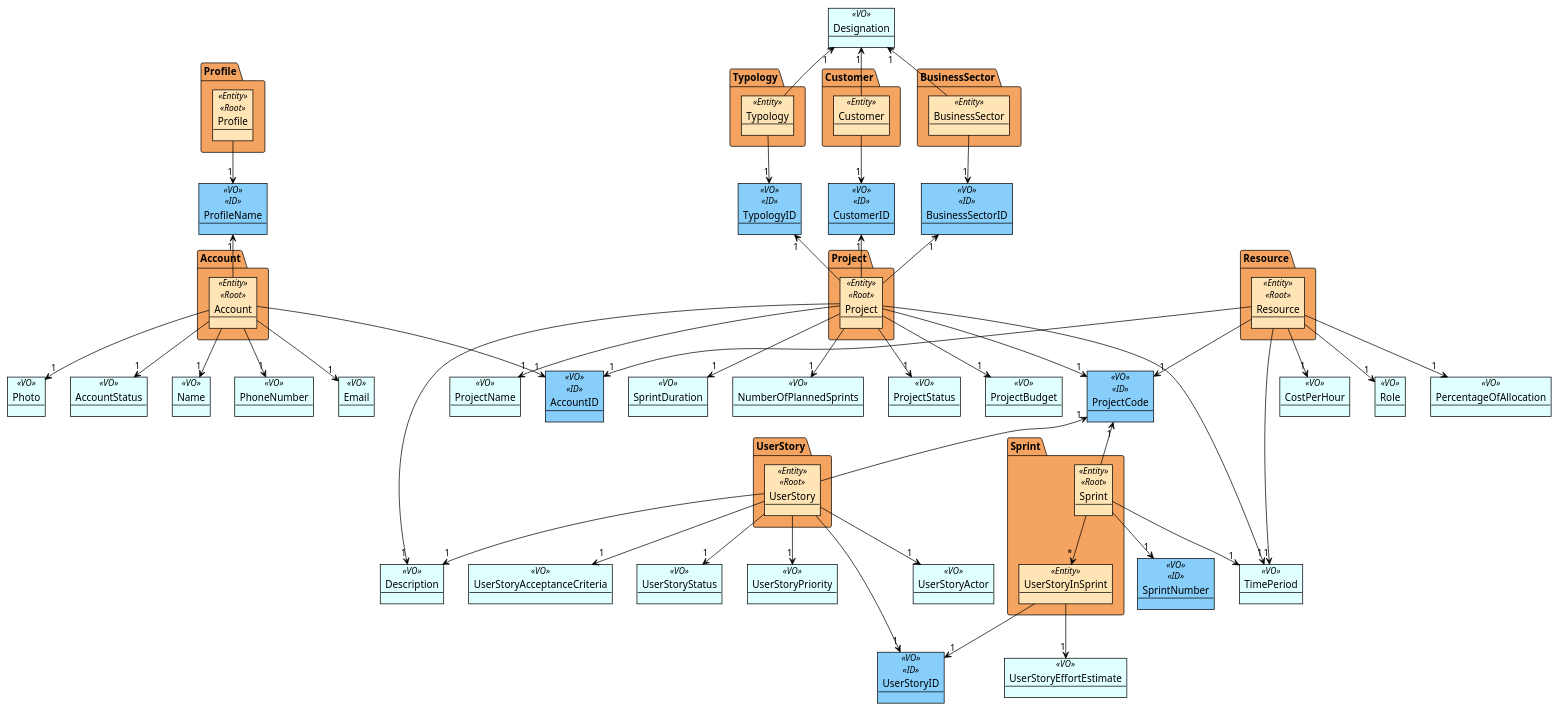
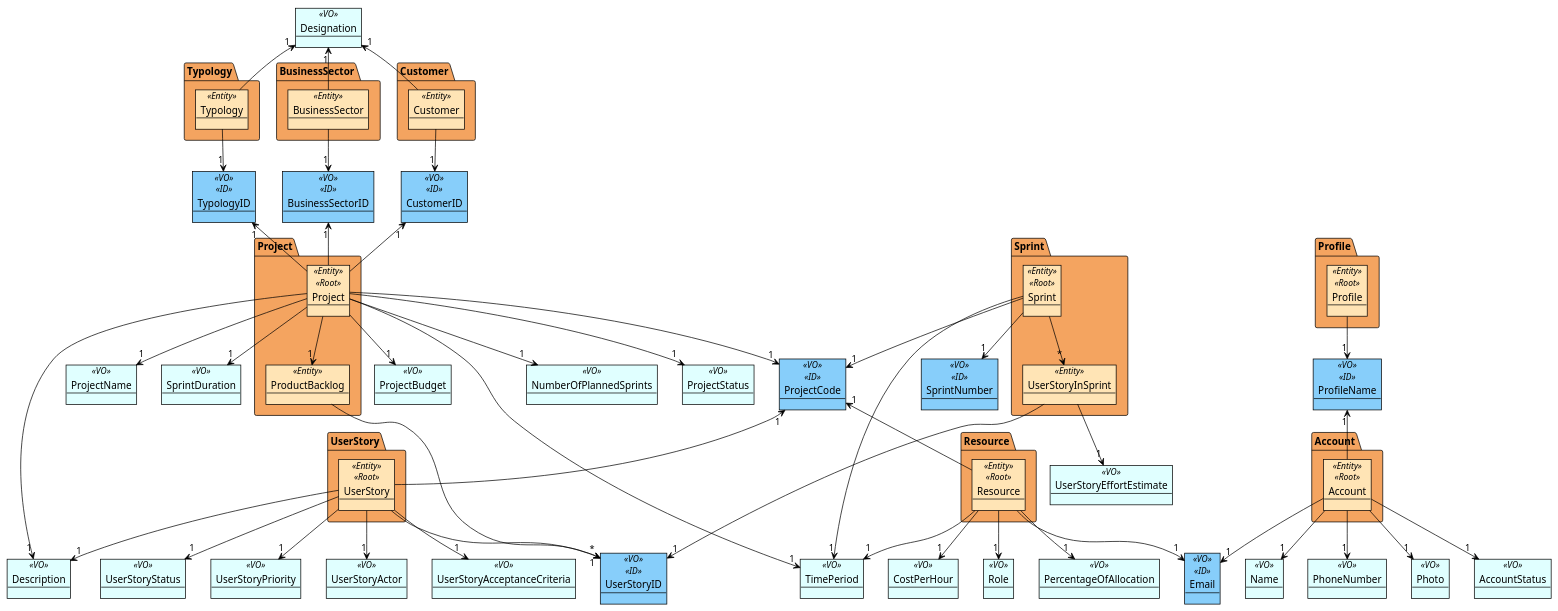
One commit to ivo-menezes/project_g3 changed the diagram in docs/modelling_design/domain_model_diagram/domain_model_diagramDDD.puml. Above: the diagram before and after it, drawn with PlantUML.

Commit message:
DDD Model: Analysis: Update version (closes #53)

```diff
--- a/docs/modelling_design/domain_model_diagram/domain_model_diagramDDD.puml
+++ b/docs/modelling_design/domain_model_diagram/domain_model_diagramDDD.puml
@@ -1,149 +1,151 @@
 @startuml
 !theme plain
 'skinparam linetype ortho
 
 skinparam package {
     backgroundColor SandyBrown
 }
 
 skinparam object {
     backgroundColor LightCyan
 }
 
 skinparam object<<ID>> {
     backgroundColor LightSkyBlue
 }
 
 skinparam object<<Entity>> {
     backgroundColor Moccasin
 }
 
 ' - Value Objects
 ' -- plain VOs
 Object Name <<VO>>
 Object PhoneNumber <<VO>>
-Object Email <<VO>>
 Object Photo <<VO>>
 Object AccountStatus <<VO>>
 Object TimePeriod <<VO>>
 Object PercentageOfAllocation <<VO>>
 Object CostPerHour <<VO>>
 Object Role <<VO>>
 Object UserStoryActor <<VO>>
 Object Description <<VO>>
 Object UserStoryAcceptanceCriteria <<VO>>
 Object ProjectName <<VO>>
 Object SprintDuration <<VO>>
 Object NumberOfPlannedSprints <<VO>>
 Object ProjectStatus <<VO>>
 Object ProjectBudget <<VO>>
 Object UserStoryEffortEstimate <<VO>>
 Object UserStoryStatus <<VO>>
 Object UserStoryPriority <<VO>>
 Object Designation <<VO>>
 
 ' -- DomainID VOs
 Object ProjectCode <<VO>> <<ID>>
 Object SprintNumber <<VO>> <<ID>>
 Object UserStoryID <<VO>> <<ID>>
-Object AccountID <<VO>> <<ID>>
+Object Email <<VO>> <<ID>>
 Object ProfileName <<VO>> <<ID>>
 Object TypologyID <<VO>> <<ID>>
 Object BusinessSectorID <<VO>> <<ID>>
 Object CustomerID <<VO>> <<ID>>
 
 ' - Entities in Aggregates (packages)
 package "Project" as Proj {
     Object Project <<Entity>> <<Root>>
+    Object ProductBacklog <<Entity>>
 }
 
-Project -down-> "1" ProjectCode
+Project -down-> "1" ProductBacklog
+ProductBacklog --> "*" UserStoryID
+Project --> "1" ProjectCode
 Project --> "1" ProjectName
 Project --> "1" Description
 Project --> "1" TimePeriod
 Project --> "1" SprintDuration
 Project --> "1" NumberOfPlannedSprints
 Project --> "1" ProjectStatus
 Project --> "1" ProjectBudget
 
 package "Sprint" as Spr {
     Object Sprint <<Entity>> <<Root>>
     Object UserStoryInSprint <<Entity>>
 }
 
 Sprint --> "*" UserStoryInSprint
-Sprint -up-> "1" ProjectCode
+Sprint --> "1" ProjectCode
 Sprint --> "1" SprintNumber
 Sprint --> "1" TimePeriod
 
 UserStoryInSprint --> "1" UserStoryID
 UserStoryInSprint --> "1" UserStoryEffortEstimate
 
 package "UserStory" as US {
     Object UserStory <<Entity>> <<Root>>
 }
 
 UserStory -up-> "1" ProjectCode
 UserStory --> "1" UserStoryID
 UserStory --> "1" UserStoryActor
 UserStory --> "1" Description
 UserStory --> "1" UserStoryAcceptanceCriteria
 UserStory --> "1" UserStoryStatus
 UserStory --> "1" UserStoryPriority
 
 
 package "Account" as Acc {
     Object Account <<Entity>> <<Root>>
 }
 
 Account --> "1" Name
 Account -->  "1" PhoneNumber
 Account --> "1" Email
 Account --> "1" Photo
 Account --> "1" AccountStatus
-Account --> "1" AccountID
+
 
 package "Resource" as Res {
     Object Resource <<Entity>> <<Root>>
 }
 
 Resource --> "1" TimePeriod
 Resource --> "1" PercentageOfAllocation
 Resource --> "1" CostPerHour
 Resource --> "1" Role
-Resource --> "1" ProjectCode
-Resource --> "1" AccountID
+Resource -up-> "1" ProjectCode
+Resource --> "1" Email
 
 package Typology as Typo {
     Object Typology <<Entity>>
     }
 
 Typology -up-> "1" Designation
 Typology --> "1" TypologyID
 Project -up-> "1" TypologyID
 
 package BusinessSector as Bus {
     Object BusinessSector <<Entity>>
             }
 
 BusinessSector -up-> "1" Designation
 BusinessSector --> "1" BusinessSectorID
 Project -up-> "1" BusinessSectorID
 
 package Customer as Cost {
     Object Customer <<Entity>>
     }
 
 Customer -up-> "1" Designation
 Customer --> "1" CustomerID
 Project -up-> "1" CustomerID
 
 package "Profile" as Prof {
     Object Profile <<Entity>> <<Root>>
     }
 
 Profile --> "1" ProfileName
 
 Account -up-> "1" ProfileName
 
 @enduml
```
